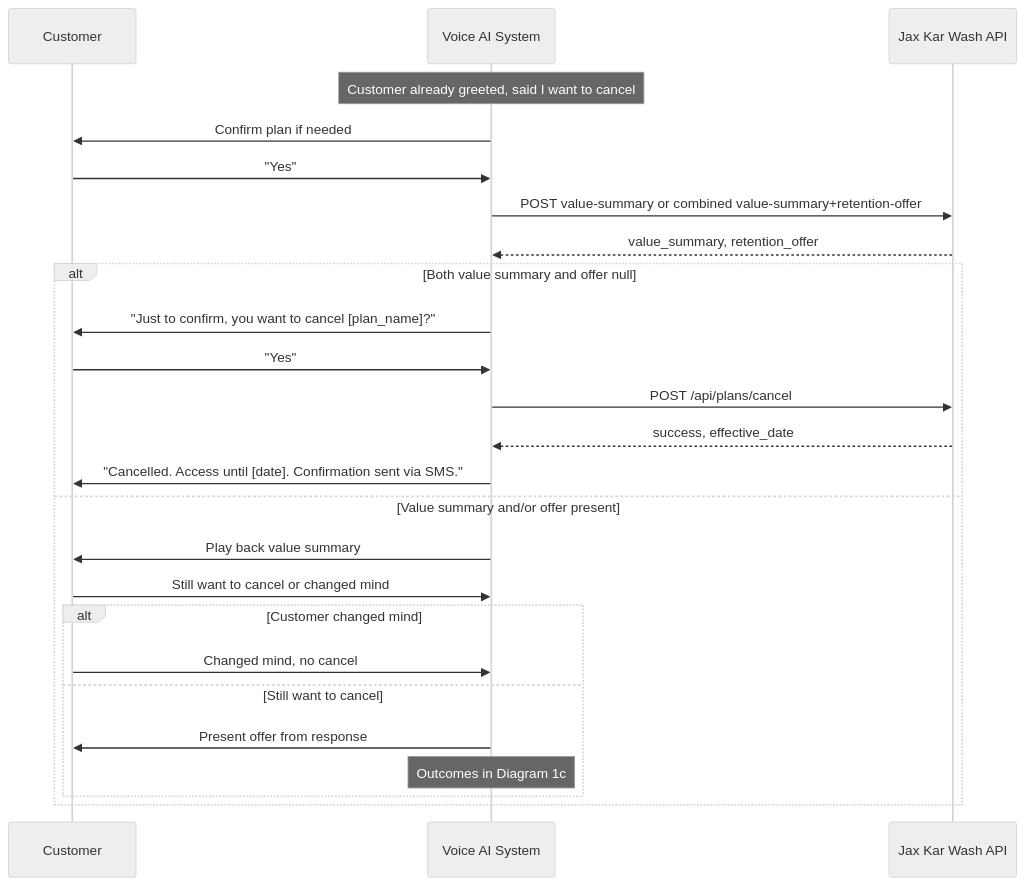
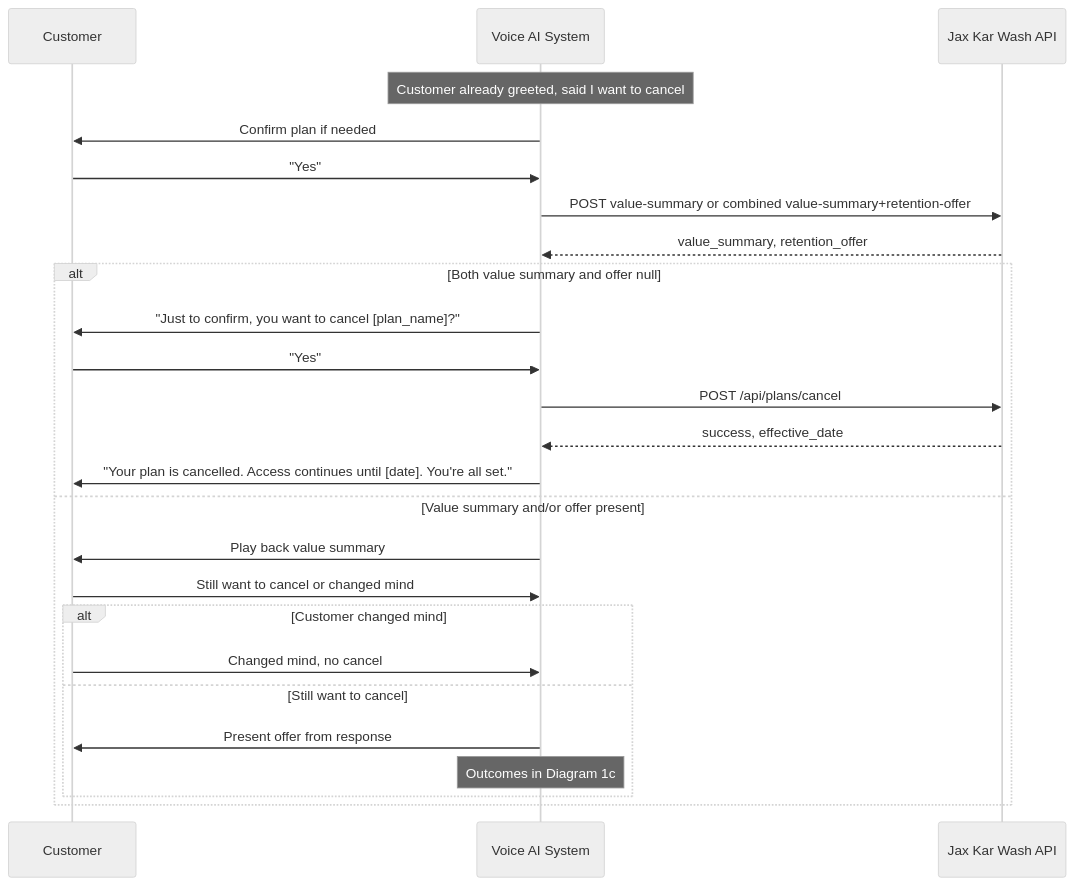
The sixth of 12 diagrams in Jax-Kar-Wash-API-Integration–Discussion-Document.md (HelloWash/Public), drawn with Mermaid (neutral theme) before and after one commit. The commit also changed other lines of this file, not shown here.

Commit message:
Update cancellation and offer confirmation messages

````diff
--- a/Jax-Kar-Wash-API-Integration–Discussion-Document.md
+++ b/Jax-Kar-Wash-API-Integration–Discussion-Document.md
@@ -691,28 +690,28 @@
 ```mermaid
 sequenceDiagram
     participant Customer
     participant System as Voice AI System
     participant API as Jax Kar Wash API
 
     Note over System: Customer already greeted, said I want to cancel
     System->>Customer: Confirm plan if needed
     Customer->>System: "Yes"
     System->>API: POST value-summary or combined value-summary+retention-offer
     API-->>System: value_summary, retention_offer
     alt Both value summary and offer null
         System->>Customer: "Just to confirm, you want to cancel [plan_name]?"
         Customer->>System: "Yes"
         System->>API: POST /api/plans/cancel
         API-->>System: success, effective_date
-        System->>Customer: "Cancelled. Access until [date]. Confirmation sent via SMS."
+        System->>Customer: "Your plan is cancelled. Access continues until [date]. You're all set."
     else Value summary and/or offer present
         System->>Customer: Play back value summary
         Customer->>System: Still want to cancel or changed mind
         alt Customer changed mind
             Customer->>System: Changed mind, no cancel
         else Still want to cancel
             System->>Customer: Present offer from response
             Note over System: Outcomes in Diagram 1c
         end
     end
 ```
````
